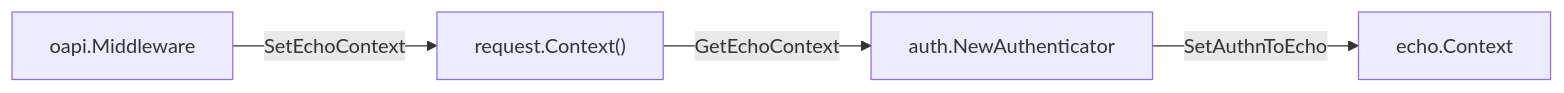
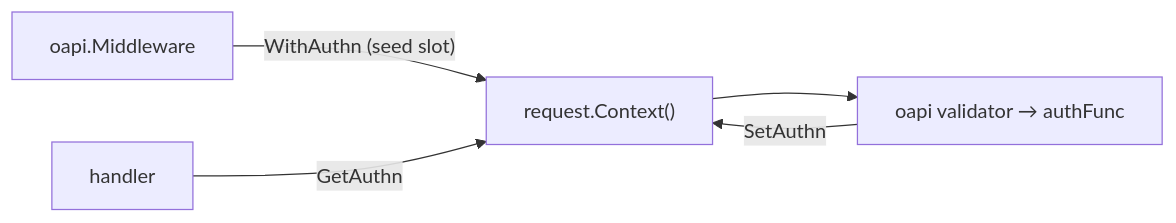
One commit to Tomy-ch/go-boilerplate changed the second of 2 diagrams in internal/controller/httpstack/oapi/auth/README.ja.md. Above: the diagram before and after it, drawn with Mermaid. The commit also changed other lines of this file and 114 other files, not shown here.

````diff
--- a/internal/controller/httpstack/oapi/auth/README.ja.md
+++ b/internal/controller/httpstack/oapi/auth/README.ja.md
@@ -66,6 +66,7 @@
 ```mermaid
 flowchart LR
-    OapiMW["oapi.Middleware"] -->|"SetEchoContext"| ReqCtx["request.Context()"]
-    ReqCtx -->|"GetEchoContext"| AuthFunc["auth.NewAuthenticator"]
-    AuthFunc -->|"SetAuthnToEcho"| EchoCtx["echo.Context"]
+    OapiMW["oapi.Middleware"] -->|"WithAuthn (seed slot)"| ReqCtx["request.Context()"]
+    ReqCtx --> Validator["oapi validator → authFunc"]
+    Validator -->|"SetAuthn"| ReqCtx
+    Handler["handler"] -->|"GetAuthn"| ReqCtx
 ```
````
